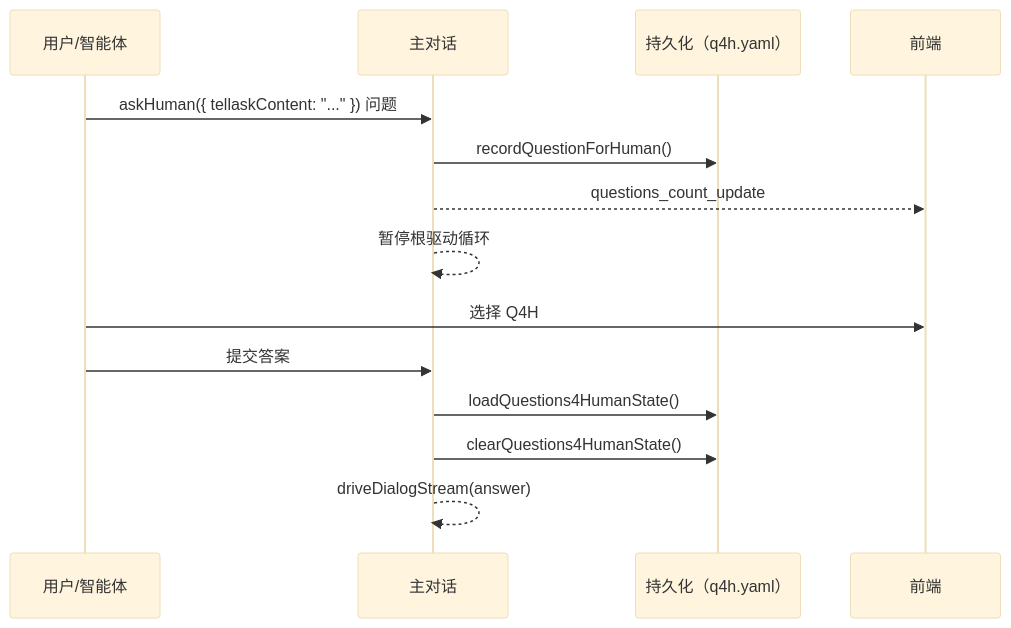
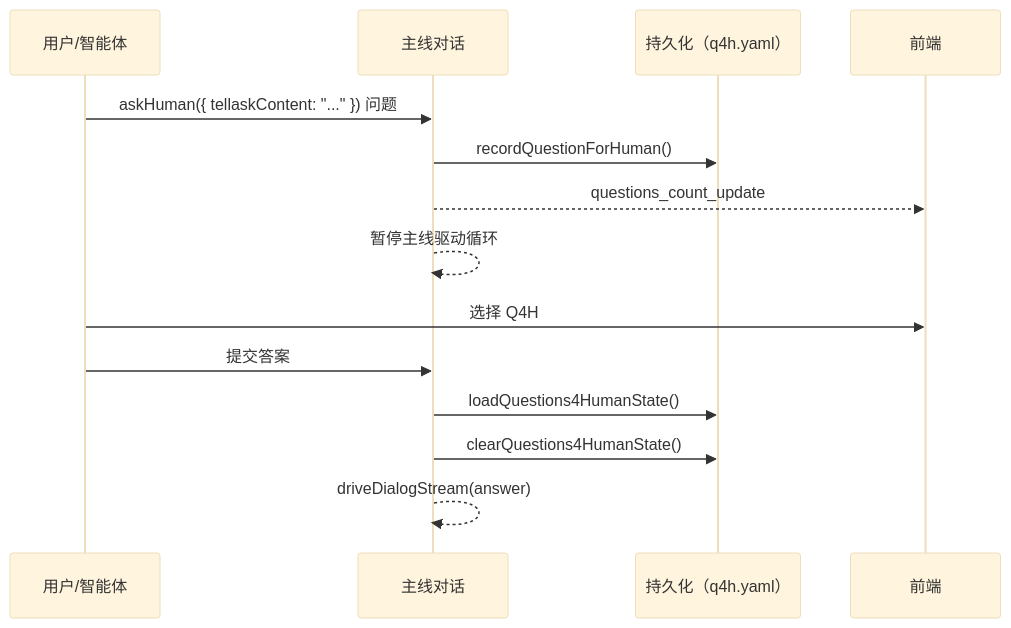
Before and after one commit to longrun-ai/dominds: diagram 16 of 19 in docs/dialog-system.zh.md, drawn with Mermaid (base theme). The commit also changed other lines of this file and 195 other files, not shown here.

````diff
--- a/docs/dialog-system.zh.md
+++ b/docs/dialog-system.zh.md
@@ -1349,18 +1349,18 @@
 ```mermaid
 sequenceDiagram
 	  participant User as 用户/智能体
-  participant Main as 主对话
+  participant Main as 主线对话
   participant Store as 持久化（q4h.yaml）
   participant UI as 前端
 
   User->>Main: askHuman({ tellaskContent: "..." }) 问题
   Main->>Store: recordQuestionForHuman()
   Main-->>UI: questions_count_update
-  Main-->>Main: 暂停根驱动循环
+  Main-->>Main: 暂停主线驱动循环
 
   User->>UI: 选择 Q4H
   User->>Main: 提交答案
   Main->>Store: loadQuestions4HumanState()
   Main->>Store: clearQuestions4HumanState()
   Main-->>Main: driveDialogStream(answer)
 ```
````
